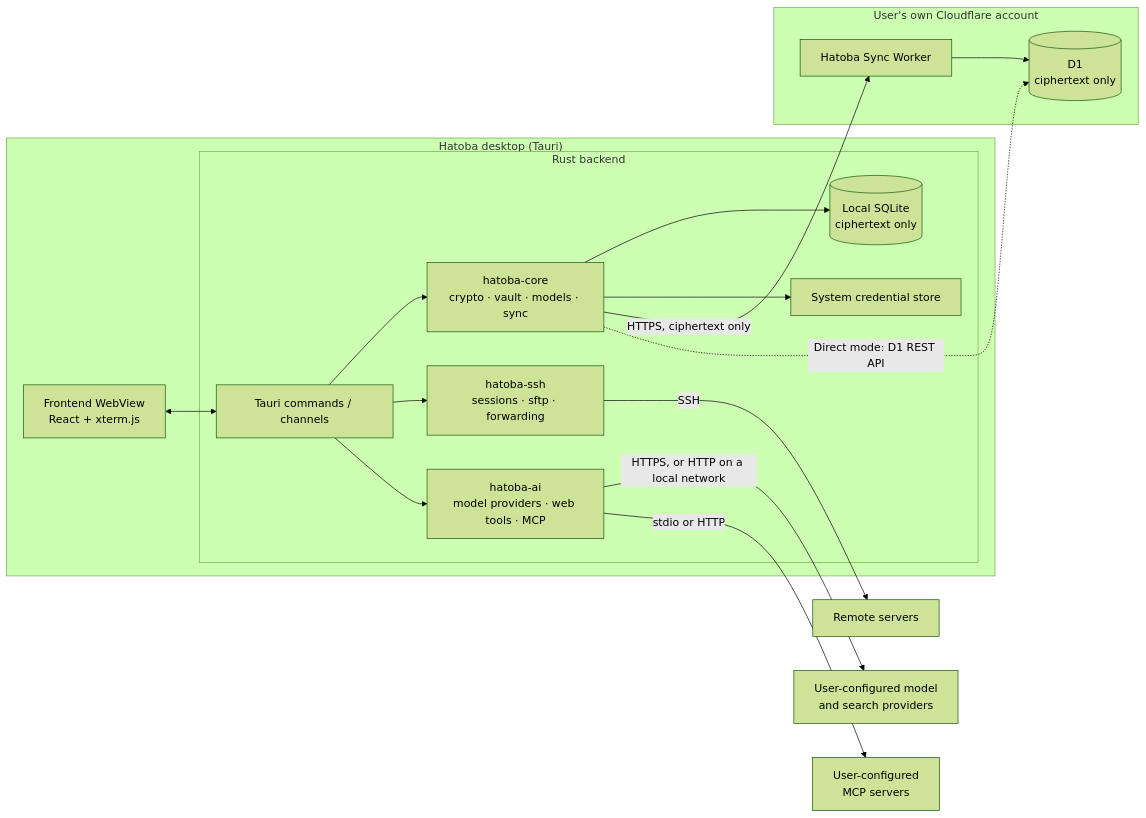
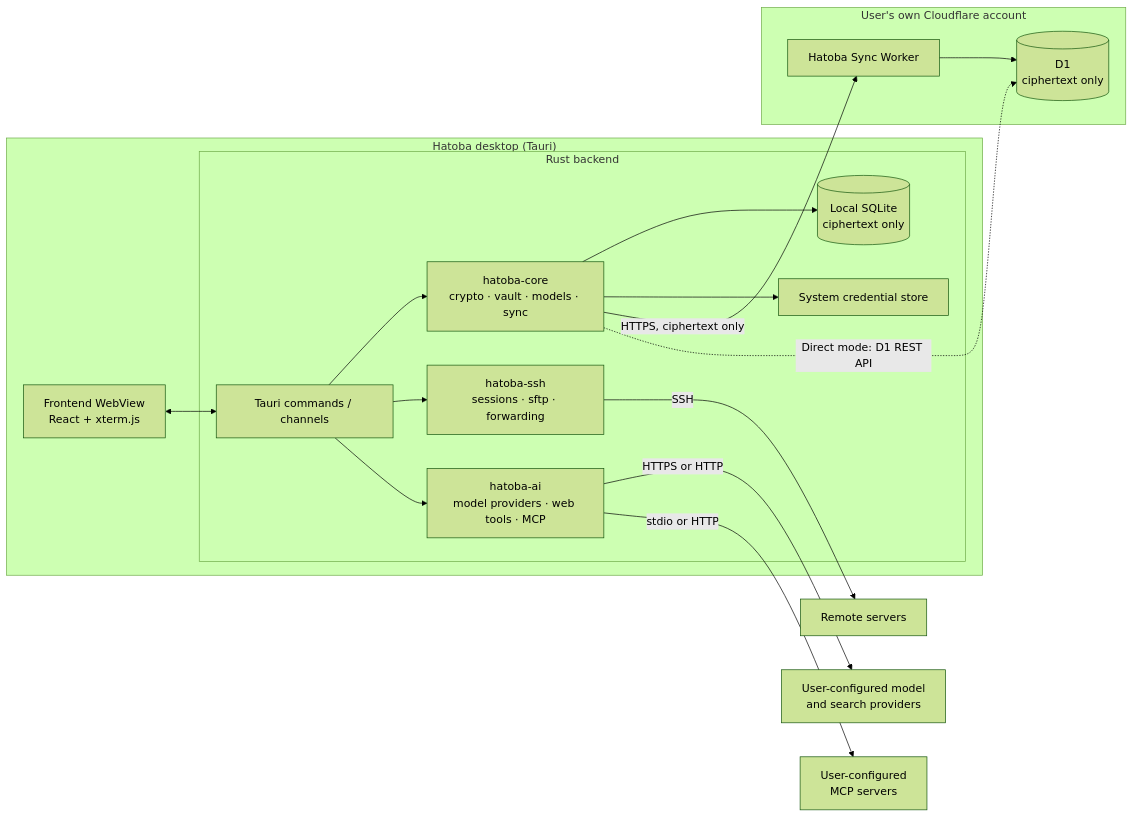
The diagram in docs/hatoba-spec.md (TennousuAthena/OH-Hatoba), drawn with Mermaid (forest theme) before and after one commit. The commit also changed other lines of this file and 160 other files, not shown here.

````diff
--- a/docs/hatoba-spec.md
+++ b/docs/hatoba-spec.md
@@ -56,30 +56,30 @@
 ```mermaid
 flowchart LR
   subgraph Desktop["Hatoba desktop (Tauri)"]
     UI["Frontend WebView<br/>React + xterm.js"]
     subgraph Rust["Rust backend"]
       CMD["Tauri commands / channels"]
       CORE["hatoba-core<br/>crypto · vault · models · sync"]
       SSH["hatoba-ssh<br/>sessions · sftp · forwarding"]
       AI["hatoba-ai<br/>model providers · web tools · MCP"]
       DB[("Local SQLite<br/>ciphertext only")]
       KC["System credential store"]
     end
   end
   subgraph CF["User's own Cloudflare account"]
     W["Hatoba Sync Worker"]
     D1[("D1<br/>ciphertext only")]
   end
   UI <--> CMD
   CMD --> CORE
   CMD --> SSH
   CMD --> AI
-  AI -->|HTTPS, or HTTP on a local network| Providers["User-configured model<br/>and search providers"]
+  AI -->|HTTPS or HTTP| Providers["User-configured model<br/>and search providers"]
   AI -->|stdio or HTTP| MCP["User-configured<br/>MCP servers"]
   CORE --> DB
   CORE --> KC
   SSH -->|SSH| Servers["Remote servers"]
   CORE -->|HTTPS, ciphertext only| W
   W --> D1
   CORE -.->|Direct mode: D1 REST API| D1
 ```
````
